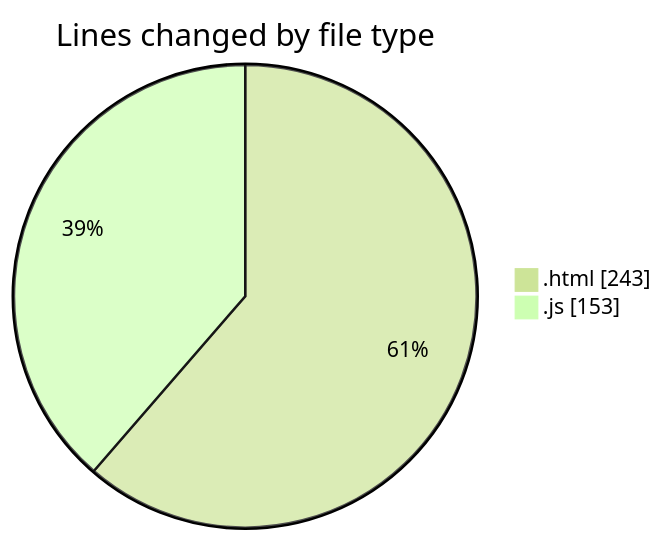
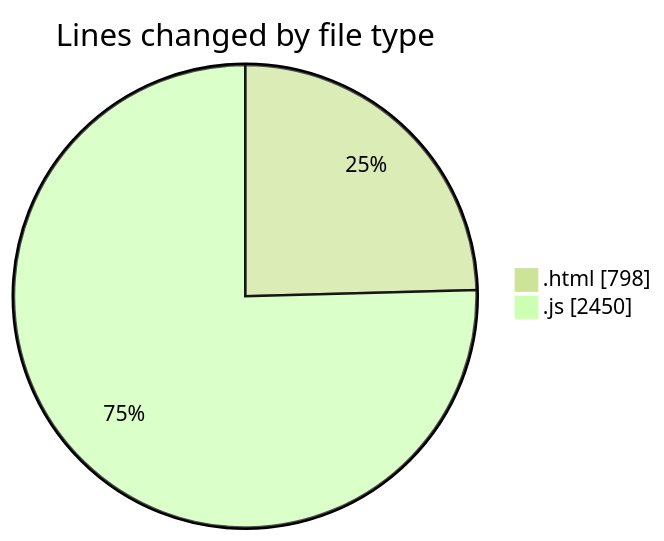
The first of 2 diagrams in 2026-02-19/bot_v1_2/README.md (becaeroporto-bot/code-tracking), drawn with Mermaid (forest theme) before and after one commit. The commit also changed other lines of this file and 1 other file, not shown here.

````diff
--- a/2026-02-19/bot_v1_2/README.md
+++ b/2026-02-19/bot_v1_2/README.md
@@ -25,6 +26,6 @@
 ```mermaid
 pie showData
 title Lines changed by file type
-".html" : 243
-".js" : 153
+".html" : 798
+".js" : 2450
 ```
````
